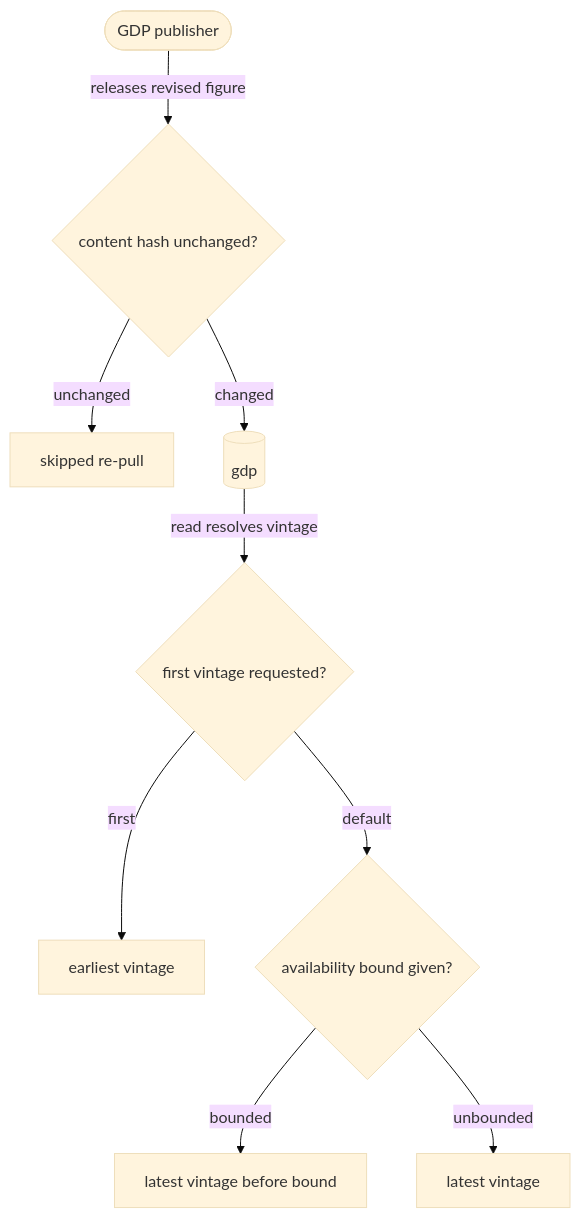
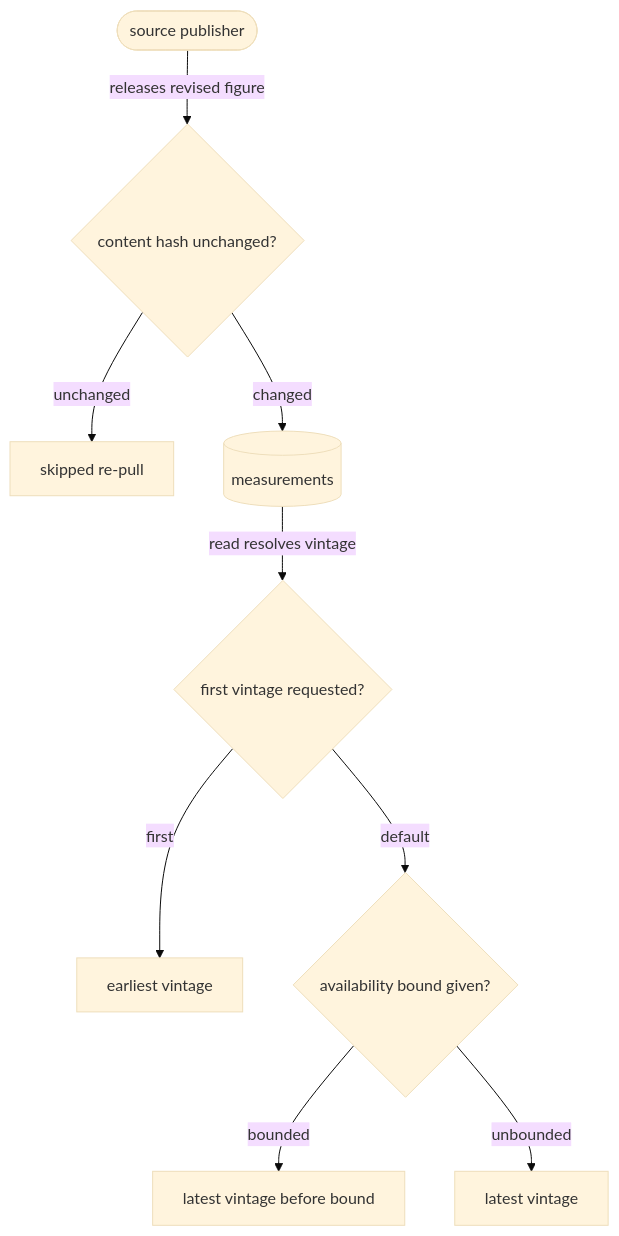
The second of 2 diagrams in spec/guide/store.md (fractalboxdev/contextful), drawn with Mermaid (base theme) before and after one commit. The commit also changed other lines of this file and 36 other files, not shown here.

````diff
--- a/spec/guide/store.md
+++ b/spec/guide/store.md
@@ -65,11 +65,11 @@
 ```mermaid
 flowchart TD
-  P(["GDP publisher"]) -->|"releases revised figure"| H{"content hash unchanged?"}
+  P(["source publisher"]) -->|"releases revised figure"| H{"content hash unchanged?"}
   H -->|"unchanged"| S["skipped re-pull"]
-  H -->|"changed"| G[("gdp")]
+  H -->|"changed"| G[("measurements")]
   G -->|"read resolves vintage"| F{"first vintage requested?"}
   F -->|"first"| E["earliest vintage"]
   F -->|"default"| B{"availability bound given?"}
   B -->|"bounded"| L["latest vintage before bound"]
   B -->|"unbounded"| N["latest vintage"]
 ```
````
